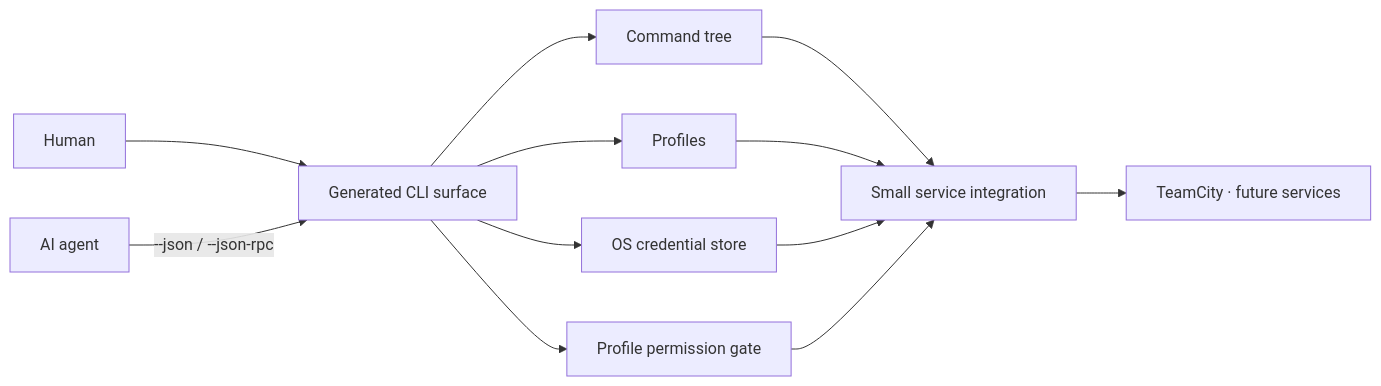
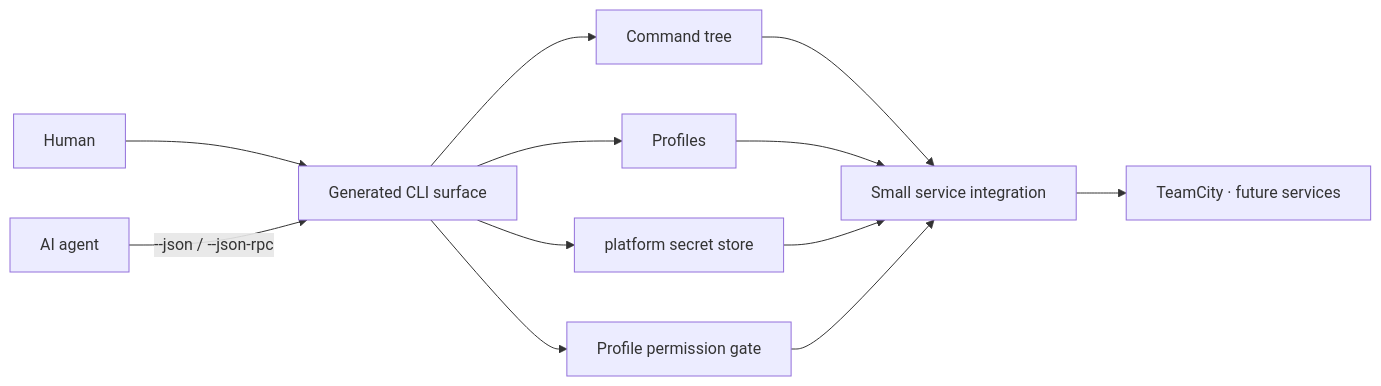
The diagram in README.md (iXab3r/EyeAuras.CliFactory), drawn with Mermaid before and after one commit. The commit also changed other lines of this file and 25 other files, not shown here.

````diff
--- a/README.md
+++ b/README.md
@@ -19,14 +19,14 @@
 ```mermaid
 flowchart LR
     human["Human"] --> cli["Generated CLI surface"]
     agent["AI agent"] -->|"--json / --json-rpc"| cli
     cli --> tree["Command tree"]
     cli --> profiles["Profiles"]
-    cli --> auth["OS credential store"]
+    cli --> auth["platform secret store"]
     cli --> permissions["Profile permission gate"]
     tree --> integration["Small service integration"]
     profiles --> integration
     auth --> integration
     permissions --> integration
     integration --> service["TeamCity · future services"]
 ```
````
